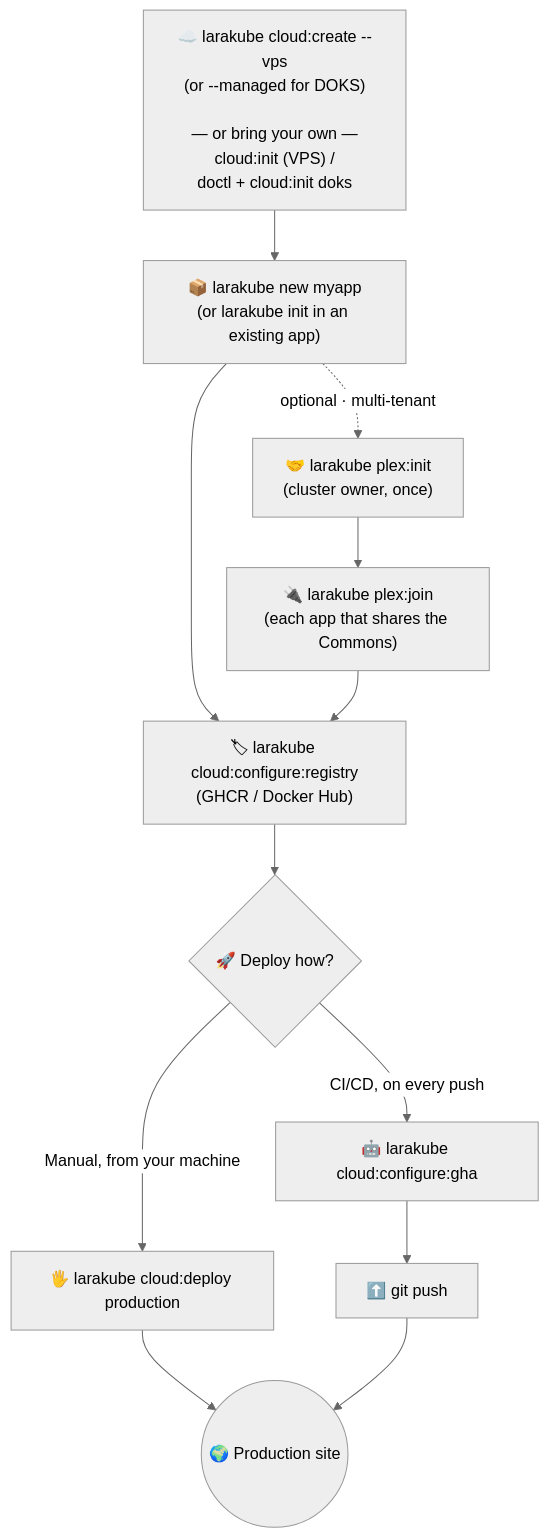
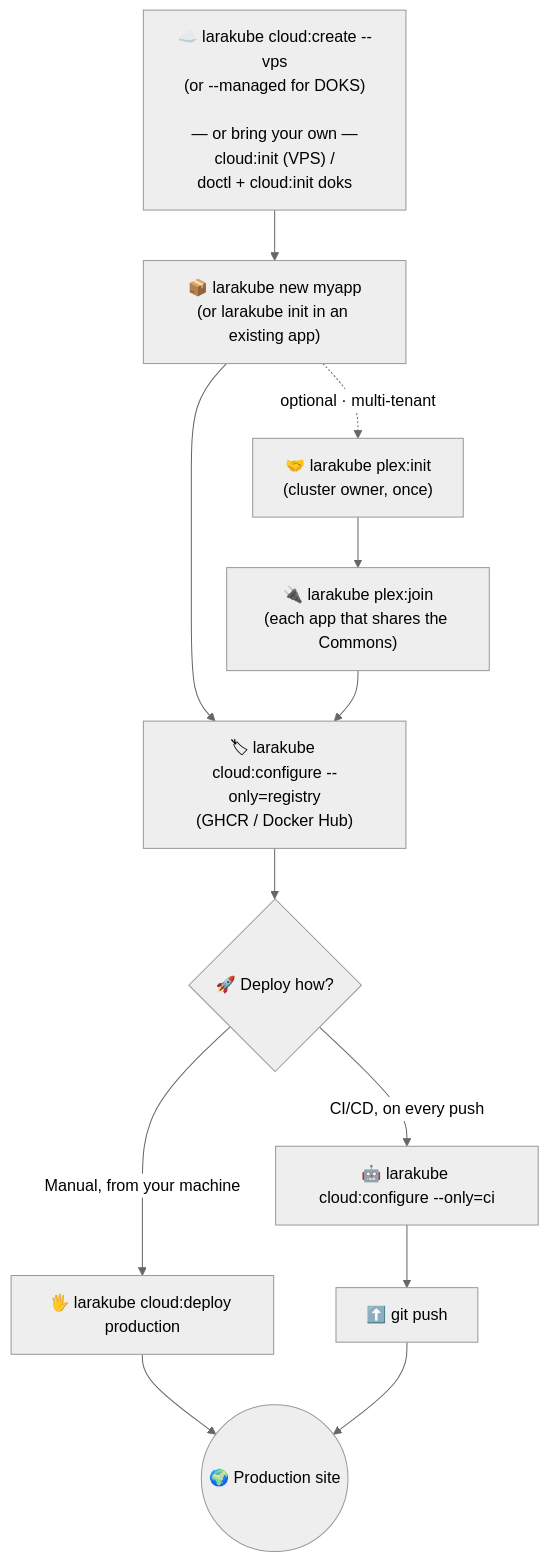
The diagram in docs/deployment/journey.md (luchavez-technologies/larakube-docs), drawn with Mermaid (neutral theme) before and after one commit. The commit also changed other lines of this file and 15 other files, not shown here.

First line of the commit message:
docs: reflect unified cloud:configure and add multi-domain web hosts

````diff
--- a/docs/deployment/journey.md
+++ b/docs/deployment/journey.md
@@ -10,25 +10,25 @@
 ```mermaid
 flowchart TD
     P["☁️ larakube cloud:create --vps<br/>(or --managed for DOKS)<br/><br/>— or bring your own —<br/>cloud:init (VPS) /<br/>doctl + cloud:init doks"]
     N["📦 larakube new myapp<br/>(or larakube init in an existing app)"]
     PI["🤝 larakube plex:init<br/>(cluster owner, once)"]
     PJ["🔌 larakube plex:join<br/>(each app that shares the Commons)"]
-    R["🏷 larakube cloud:configure:registry<br/>(GHCR / Docker Hub)"]
+    R["🏷 larakube cloud:configure --only=registry<br/>(GHCR / Docker Hub)"]
     F{"🚀 Deploy how?"}
     M["🖐 larakube cloud:deploy production"]
-    G["🤖 larakube cloud:configure:gha"]
+    G["🤖 larakube cloud:configure --only=ci"]
     Push["⬆️ git push"]
     Live(("🌍 Production site"))
 
     P --> N
     N -. "optional · multi-tenant" .-> PI
     PI --> PJ
     N --> R
     PJ --> R
     R --> F
     F -- "Manual, from your machine" --> M
     F -- "CI/CD, on every push" --> G
     G --> Push
     M --> Live
     Push --> Live
 ```
````
